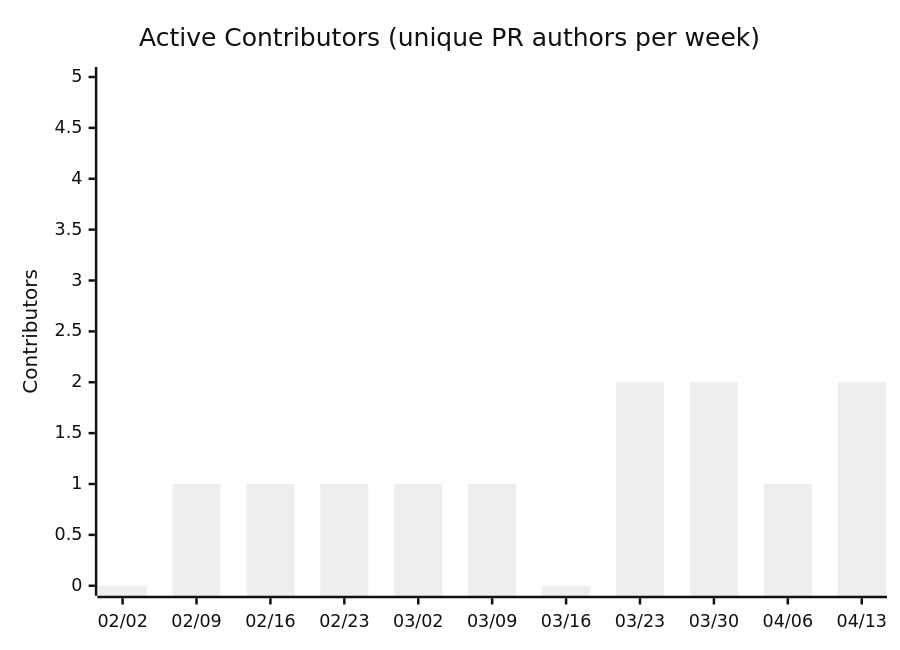
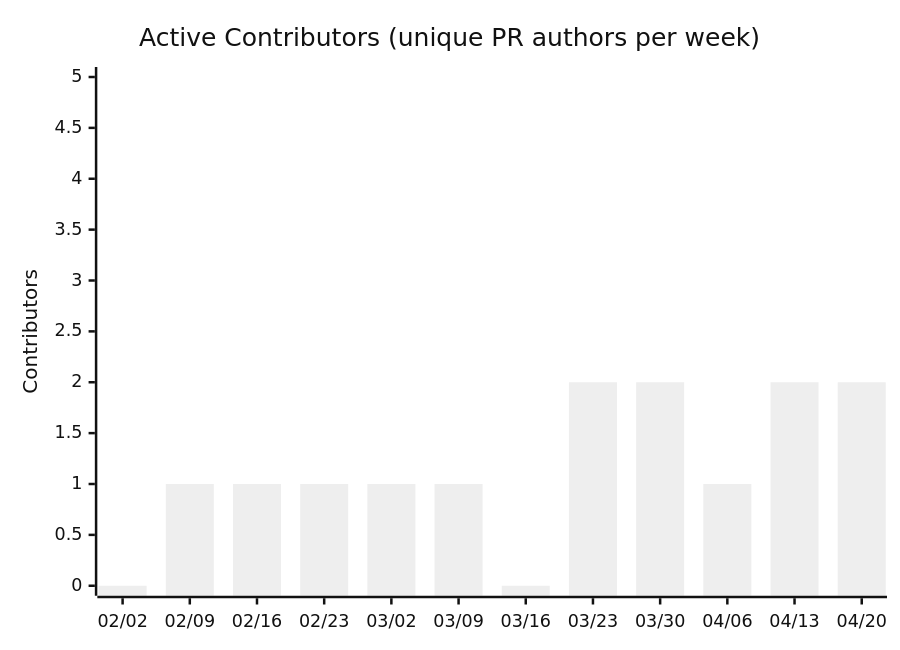
The seventh of 14 diagrams in docs/metrics.md (nablarch/nabledge-dev), drawn with Mermaid (neutral theme) before and after one commit. The commit also changed other lines of this file and 2 other files, not shown here.

````diff
--- a/docs/metrics.md
+++ b/docs/metrics.md
@@ -109,7 +109,7 @@
 ```mermaid
 xychart-beta
   title "Active Contributors (unique PR authors per week)"
-  x-axis ["02/02", "02/09", "02/16", "02/23", "03/02", "03/09", "03/16", "03/23", "03/30", "04/06", "04/13"]
+  x-axis ["02/02", "02/09", "02/16", "02/23", "03/02", "03/09", "03/16", "03/23", "03/30", "04/06", "04/13", "04/20"]
   y-axis "Contributors" 0 --> 5
-  bar [0, 1, 1, 1, 1, 1, 0, 2, 2, 1, 2]
+  bar [0, 1, 1, 1, 1, 1, 0, 2, 2, 1, 2, 2]
 ```
````
